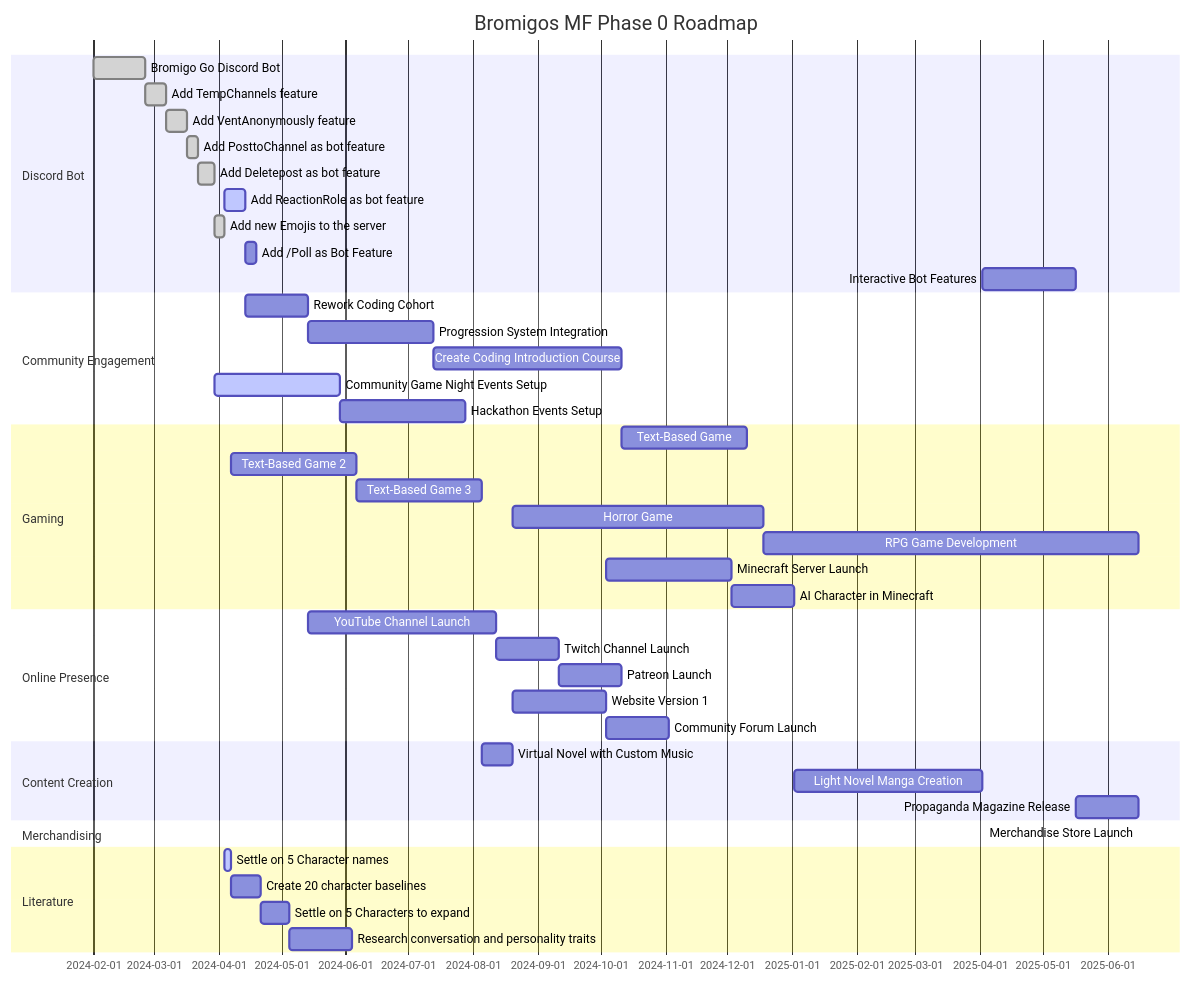
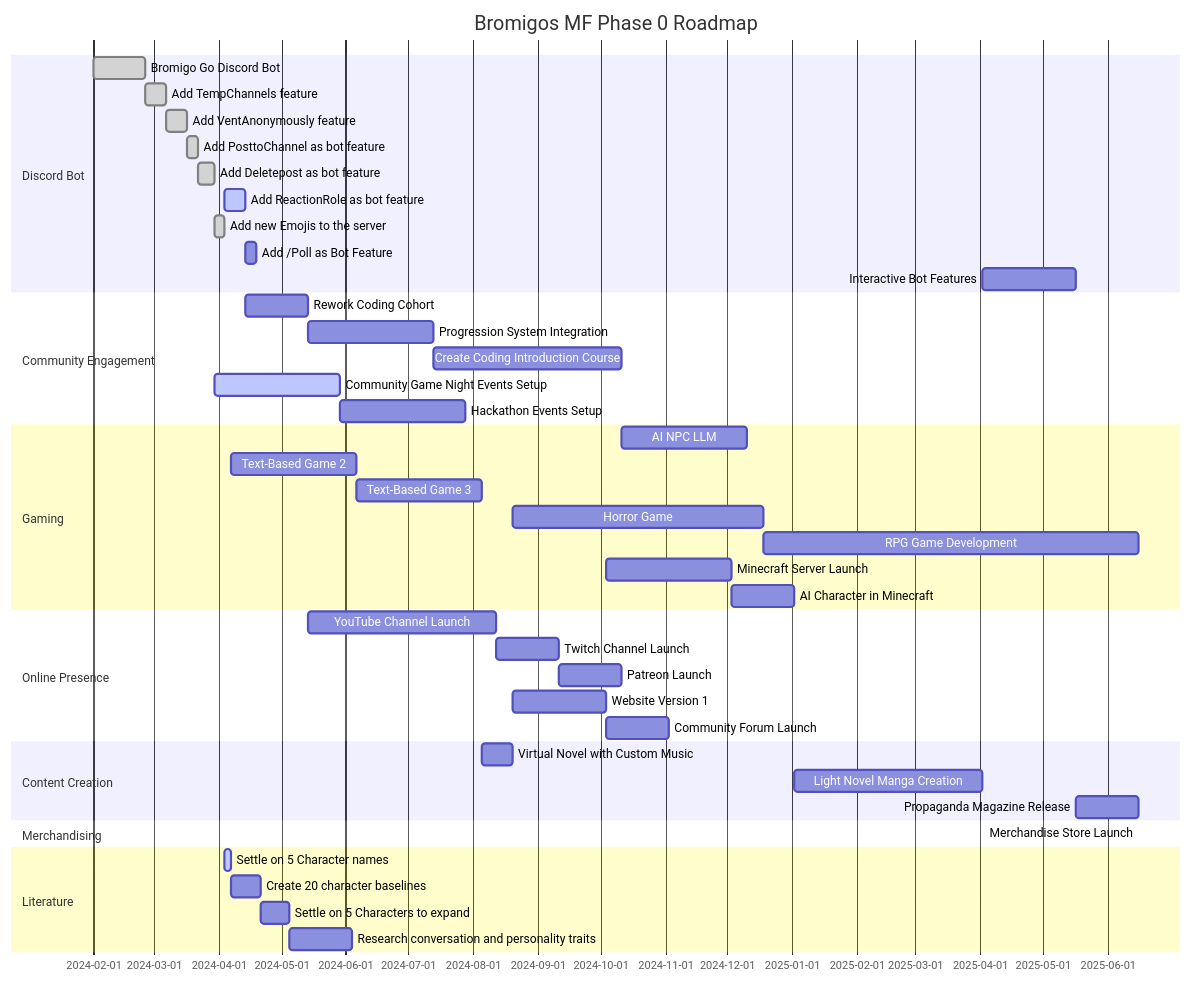
The diagram in profile/README.md (bromigos-org/.github), drawn with Mermaid before and after one commit. The commit also changed other lines of this file, not shown here.

Commit message:
Updated: details on roadmap

````diff
--- a/profile/README.md
+++ b/profile/README.md
@@ -5,55 +5,55 @@
 ```mermaid
 gantt
     dateFormat  YYYY-MM-DD
     title Bromigos MF Phase 0 Roadmap
 
     section Discord Bot
     Bromigo Go Discord Bot        :done, bot1, 2024-02-01, 25d
     Add TempChannels feature     :done, vap1, after bot1, 10d
     Add VentAnonymously feature        :done, tcp1, after vap1, 10d
     Add PosttoChannel as bot feature       :done, ptc1, after tcp1, 5d
     Add Deletepost as bot feature        :done, dp1, after ptc1, 8d
     Add ReactionRole as bot feature      :active,        rr1, after ne1, 10d
     Add new Emojis to the server      :done,        ne1, after dp1, 5d
     Add /Poll as Bot Feature       :        poll1, after rr1, 5d
     Interactive Bot Features        :        ibf1, after manga1, 45d
 
     section Community Engagement
     Rework Coding Cohort          :        rcc1, after rr1, 30d
     Progression System Integration:        psi1, after rcc1, 60d
     Create Coding Introduction Course:      cic1, after psi1, 90d
     Community Game Night Events Setup          :active,        cgn1, after dp1, 60d
     Hackathon Events Setup               :        hack1, after cgn1, 60d
 
     section Gaming
-    Text-Based Game                 :        tb1, after pat1, 60d
+    AI NPC LLM                 :        tb1, after pat1, 60d
     Text-Based Game 2               :        tb2, after ss1, 60d
     Text-Based Game 3               :        tb3, after tb2, 60d
     Horror Game                     :        hg1, after vn1, 120d
     RPG Game Development            :        rpg1, after hg1, 180d
     Minecraft Server Launch         :        mc1, after web1, 60d
     AI Character in Minecraft       :        ai1, after mc1, 30d
 
     section Online Presence
     YouTube Channel Launch          :        yt1, after rcc1, 90d
     Twitch Channel Launch           :        twitch1, after yt1, 30d
     Patreon Launch                  :        pat1, after twitch1, 30d
     Website Version 1               :        web1, after vn1, 45d
     Community Forum Launch          :        cf1, after web1, 30d
 
     section Content Creation
     Virtual Novel with Custom Music :        vn1, after tb3, 15d
     Light Novel Manga Creation      :        manga1, after ai1, 90d
     Propaganda Magazine Release     :        pm1, after ibf1, 30d
 
     section Merchandising
     Merchandise Store Launch        :        merch1, after pm1, 60ds
 
     section Literature
     Settle on 5 Character names       :active,        scn1, after ne1, 3d
     Create 20 character baselines     :        cb1, after scn1, 14d
     Settle on 5 Characters to expand     :        scd1, after cb1, 14d
     Research conversation and personality traits:        rcpt1, after scd1, 30d
 
 
 ```
````
